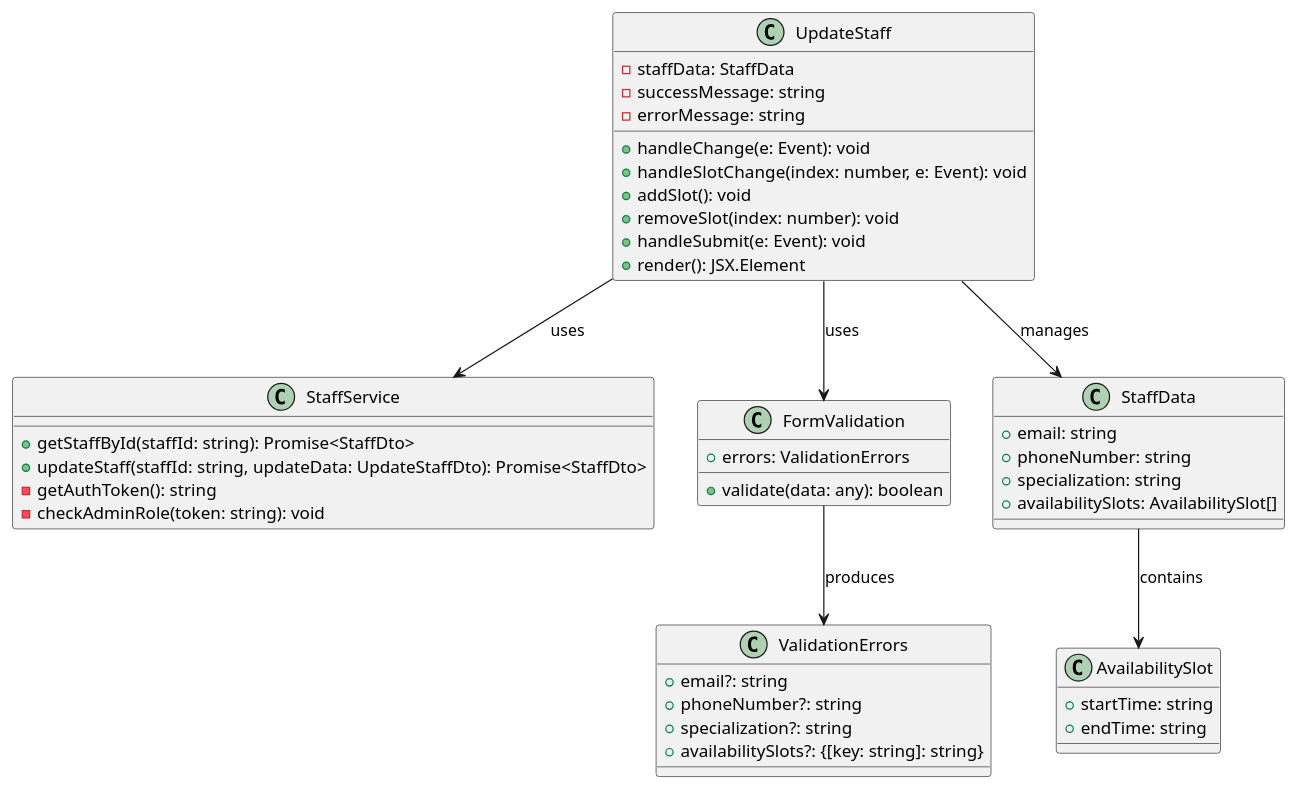
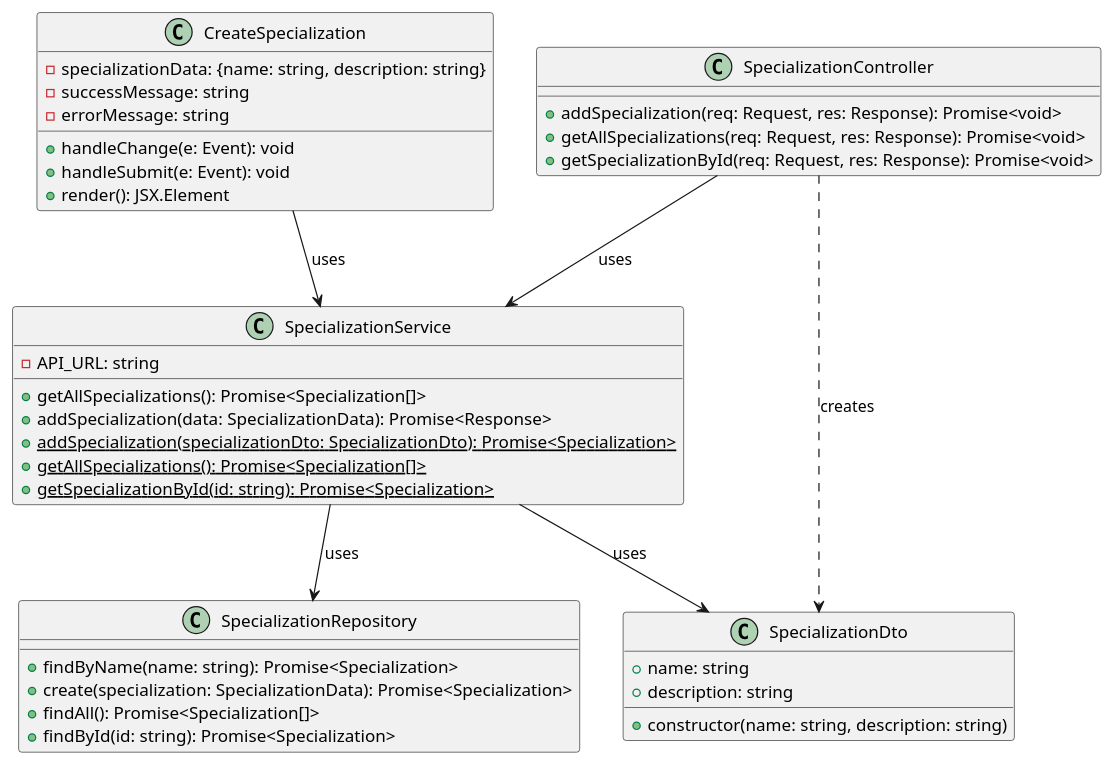
Before and after one commit to HugBar/3DC_G17: the diagram in docs/Sprint3/US 7.2.11/CD.puml, drawn with PlantUML. The commit also changed 3 other files, not shown here.

```diff
--- a/docs/Sprint3/US 7.2.11/CD.puml
+++ b/docs/Sprint3/US 7.2.11/CD.puml
@@ -1,55 +1,52 @@
-@startuml Update Staff UI Frontend Class Diagram
+@startuml Add New Specialization Class Diagram
 
-' React Components
-class UpdateStaff {
-  - staffData: StaffData
+' Frontend Components
+class CreateSpecialization {
+  - specializationData: {name: string, description: string}
   - successMessage: string
   - errorMessage: string
   + handleChange(e: Event): void
-  + handleSlotChange(index: number, e: Event): void
-  + addSlot(): void
-  + removeSlot(index: number): void
   + handleSubmit(e: Event): void
   + render(): JSX.Element
 }
 
-class StaffService {
-  + getStaffById(staffId: string): Promise<StaffDto>
-  + updateStaff(staffId: string, updateData: UpdateStaffDto): Promise<StaffDto>
-  - getAuthToken(): string
-  - checkAdminRole(token: string): void
+class SpecializationService {
+  - API_URL: string
+  + getAllSpecializations(): Promise<Specialization[]>
+  + addSpecialization(data: SpecializationData): Promise<Response>
 }
 
-class FormValidation {
-  + errors: ValidationErrors
-  + validate(data: any): boolean
+' Backend Components
+class SpecializationController {
+  + addSpecialization(req: Request, res: Response): Promise<void>
+  + getAllSpecializations(req: Request, res: Response): Promise<void>
+  + getSpecializationById(req: Request, res: Response): Promise<void>
 }
 
-' Data Types
-class StaffData {
-  + email: string
-  + phoneNumber: string
-  + specialization: string
-  + availabilitySlots: AvailabilitySlot[]
+class SpecializationService {
+  + {static} addSpecialization(specializationDto: SpecializationDto): Promise<Specialization>
+  + {static} getAllSpecializations(): Promise<Specialization[]>
+  + {static} getSpecializationById(id: string): Promise<Specialization>
 }
 
-class AvailabilitySlot {
-  + startTime: string
-  + endTime: string
+class SpecializationRepository {
+  + findByName(name: string): Promise<Specialization>
+  + create(specialization: SpecializationData): Promise<Specialization>
+  + findAll(): Promise<Specialization[]>
+  + findById(id: string): Promise<Specialization>
 }
 
-class ValidationErrors {
-  + email?: string
-  + phoneNumber?: string
-  + specialization?: string
-  + availabilitySlots?: {[key: string]: string}
+class SpecializationDto {
+  + name: string
+  + description: string
+  + constructor(name: string, description: string)
 }
 
 ' Relationships
-UpdateStaff --> StaffService: uses
-UpdateStaff --> FormValidation: uses
-UpdateStaff --> StaffData: manages
-StaffData --> AvailabilitySlot: contains
-FormValidation --> ValidationErrors: produces
+CreateSpecialization --> SpecializationService: uses
+SpecializationController --> SpecializationService: uses
+SpecializationService --> SpecializationRepository: uses
+SpecializationService --> SpecializationDto: uses
+SpecializationController ..> SpecializationDto: creates
 
 @enduml
```
